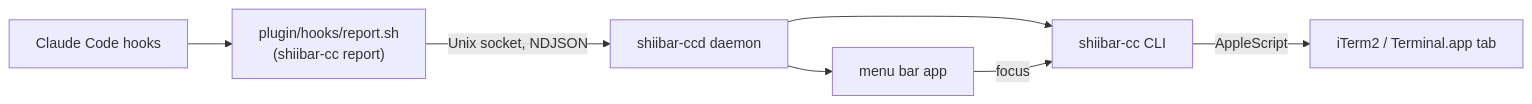
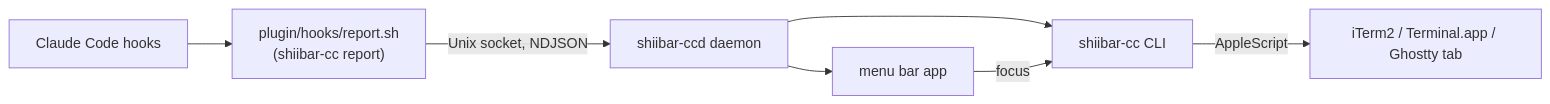
Before and after one commit to bufferings/shiibar-cc: the diagram in README.md, drawn with Mermaid. The commit also changed other lines of this file and 98 other files, not shown here.

````diff
--- a/README.md
+++ b/README.md
@@ -307,9 +317,9 @@
 ```mermaid
 flowchart LR
     hooks[Claude Code hooks] --> report["plugin/hooks/report.sh<br>(shiibar-cc report)"]
     report -- "Unix socket, NDJSON" --> daemon[shiibar-ccd daemon]
     daemon --> app[menu bar app]
     daemon --> cli[shiibar-cc CLI]
     app -- "focus" --> cli
-    cli -- "AppleScript" --> term[iTerm2 / Terminal.app tab]
+    cli -- "AppleScript" --> term[iTerm2 / Terminal.app / Ghostty tab]
 ```
````
